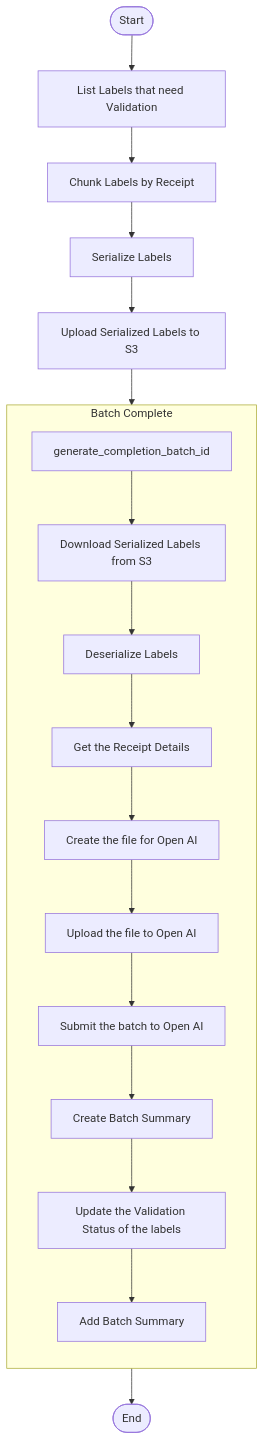
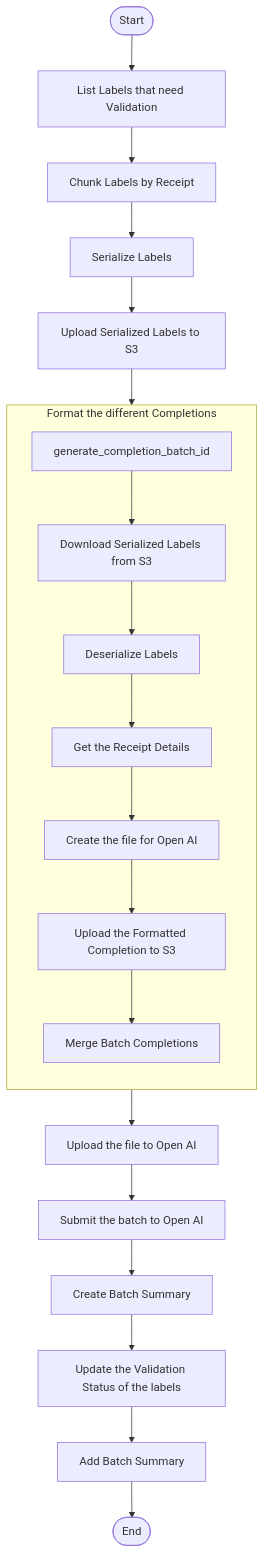
One commit to tnorlund/Portfolio changed the diagram in receipt_label/receipt_label/submit_completion_batch/README.md. Above: the diagram before and after it, drawn with Mermaid. The commit also changed other lines of this file and 4 other files, not shown here.

First line of the commit message:
🔨 Now merging batch completions for larger batches

````diff
--- a/receipt_label/receipt_label/submit_completion_batch/README.md
+++ b/receipt_label/receipt_label/submit_completion_batch/README.md
@@ -92,23 +100,26 @@
 ```mermaid
 flowchart TB
     Start([Start]) --> list_labels_that_need_validation["List Labels that need Validation"]
     list_labels_that_need_validation --> chunk_into_completion_batches["Chunk Labels by Receipt"]
     chunk_into_completion_batches --> serialize_labels["Serialize Labels"]
     serialize_labels --> upload_serialized_labels["Upload Serialized Labels to S3"]
-    upload_serialized_labels --> batch_complete
+    upload_serialized_labels --> format_ndjsons
 
-    subgraph batch_complete["Batch Complete"]
+    subgraph format_ndjsons["Format the different Completions"]
         direction TB
         generate_completion_batch_id --> download_serialized_labels["Download Serialized Labels from S3"]
         download_serialized_labels --> deserialize_labels["Deserialize Labels"]
         deserialize_labels --> get_receipt_details["Get the Receipt Details"]
         get_receipt_details --> format_batch_completion_file["Create the file for Open AI"]
-        format_batch_completion_file --> upload_to_openai["Upload the file to Open AI"]
-        upload_to_openai --> submit_openai_batch["Submit the batch to Open AI"]
-        submit_openai_batch --> create_batch_summary["Create Batch Summary"]
-        create_batch_summary --> update_label_validation_status["Update the Validation Status of the labels"]
-        update_label_validation_status --> add_batch_summary["Add Batch Summary"]
+        format_batch_completion_file --> upload_completion_batch_file["Upload the Formatted Completion to S3"]
+        upload_completion_batch_file --> merge_ndjsons
     end
 
-    batch_complete --> END([End])
+    merge_ndjsons["Merge Batch Completions"] --> upload_to_openai["Upload the file to Open AI"]
+    upload_to_openai --> submit_openai_batch["Submit the batch to Open AI"]
+    submit_openai_batch --> create_batch_summary["Create Batch Summary"]
+    create_batch_summary --> update_label_validation_status["Update the Validation Status of the labels"]
+    update_label_validation_status --> add_batch_summary["Add Batch Summary"]
+
+    add_batch_summary --> END([End])
 ```
````
